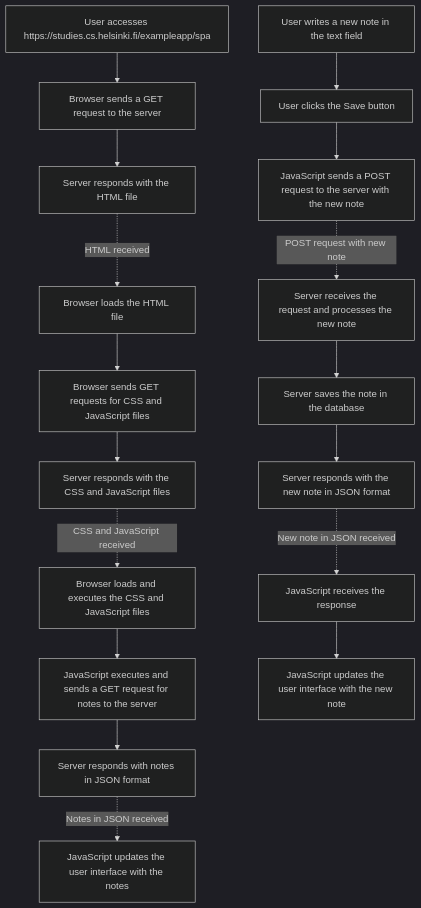
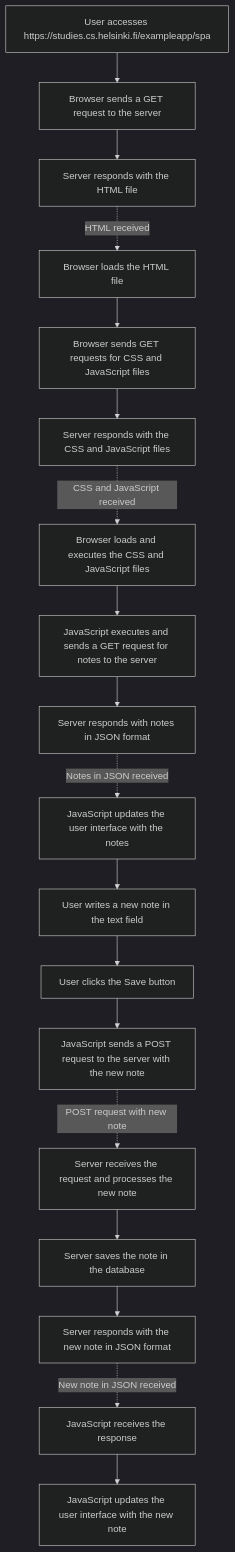
One commit to ernestovv85/FullstackOpen-Exercises-Part0 changed the third of 3 diagrams in diagrams.md. Above: the diagram before and after it, drawn with Mermaid (dark theme).

````diff
--- a/diagrams.md
+++ b/diagrams.md
@@ -38,20 +38,22 @@
 ```mermaid
 graph TD
     %% Access to SPA
     A[User accesses https://studies.cs.helsinki.fi/exampleapp/spa] --> B[Browser sends a GET request to the server]
     B --> C[Server responds with the HTML file]
     C -.HTML received.-> D[Browser loads the HTML file]
     D --> E[Browser sends GET requests for CSS and JavaScript files]
     E --> F[Server responds with the CSS and JavaScript files]
     F -.CSS and JavaScript received.-> G[Browser loads and executes the CSS and JavaScript files]
     G --> H[JavaScript executes and sends a GET request for notes to the server]
     H --> I[Server responds with notes in JSON format]
     I -.Notes in JSON received.-> J[JavaScript updates the user interface with the notes]
-    K[User writes a new note in the text field] --> L[User clicks the Save button]
+
+    %% Create new note
+    J --> K[User writes a new note in the text field] --> L[User clicks the Save button]
     L --> M[JavaScript sends a POST request to the server with the new note]
     M -.POST request with new note.-> N[Server receives the request and processes the new note]
     N --> O[Server saves the note in the database]
     O --> P[Server responds with the new note in JSON format]
     P -.New note in JSON received.-> Q[JavaScript receives the response]
     Q --> R[JavaScript updates the user interface with the new note]
 ```
````
